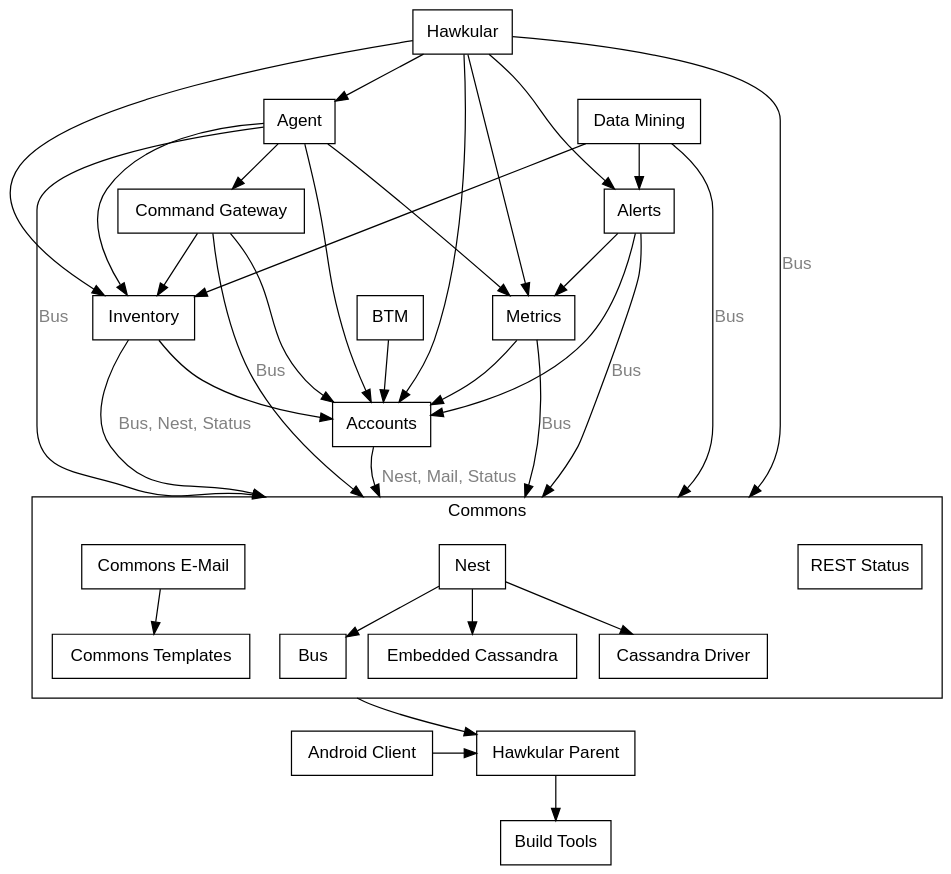
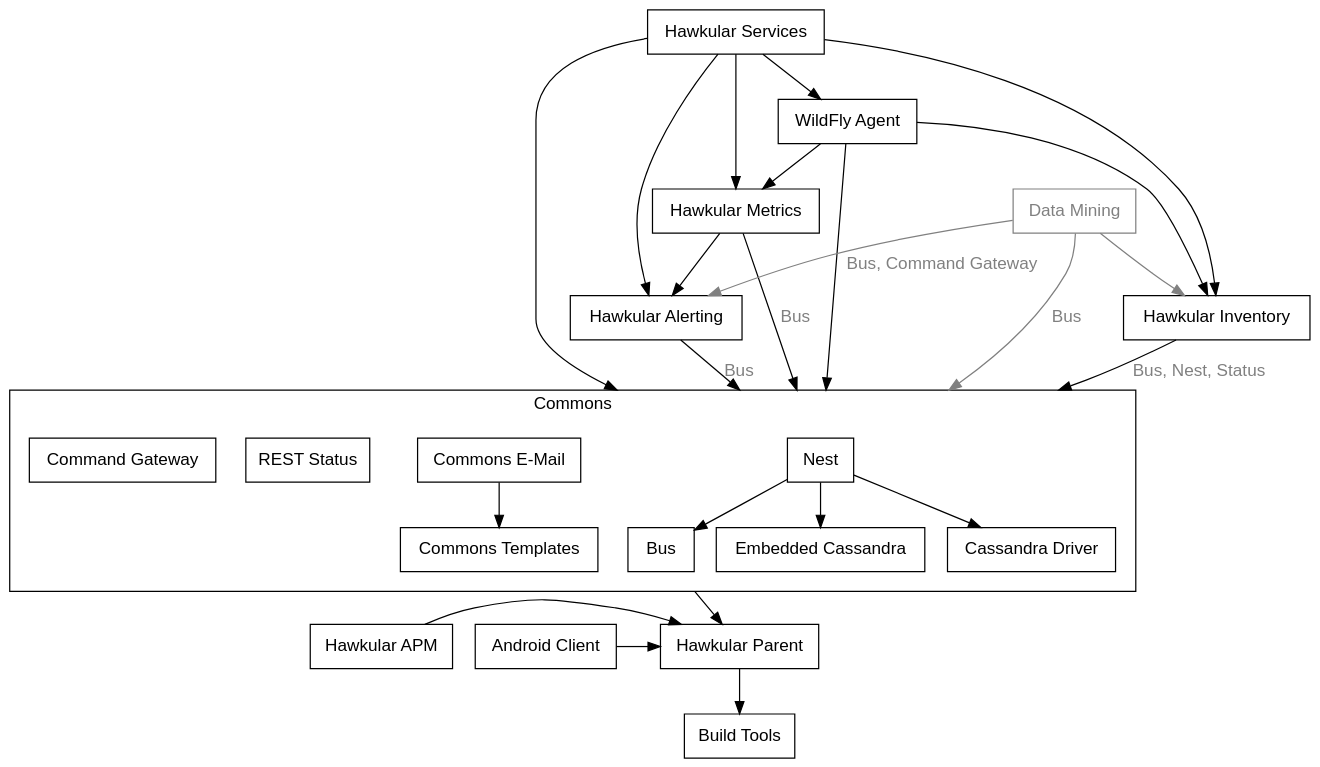
One commit to hawkular/hawkular.github.io changed the diagram in src/main/manually-generated/assets/img/docs/dev/components-dependencies.dot. Above: the diagram before and after it, drawn with Graphviz. The commit also changed 1 other file, not shown here.

Commit message:
update the dependency graph

```diff
--- a/src/main/manually-generated/assets/img/docs/dev/components-dependencies.dot
+++ b/src/main/manually-generated/assets/img/docs/dev/components-dependencies.dot
@@ -1,112 +1,101 @@
 // Hawkular Component Dependencies
 // build with
 // cd src/main
 // dot -Tsvg manually-generated/assets/img/docs/dev/components-dependencies.dot -o jbake/assets/img/docs/dev/components-dependencies.svg
 
 digraph {
     compound=true
     newrank=true
     graph [bgcolor="transparent" fontname="helvetica"]
     node [fontname = "helvetica" shape=box]
     edge [fontname = "helvetica"]
 
-    "Hawkular"
-    "Accounts"
-    "Agent"
-    "Alerts"
-    "BTM"
+    "Hawkular Services"
+    "WildFly Agent"
+    "Hawkular Alerting"
+    "Hawkular APM"
     "Build Tools"
     "Command Gateway"
 
     // commons
 
-    "Inventory"
-    "Metrics"
+    "Hawkular Inventory"
+    "Hawkular Metrics"
     "Hawkular Parent"
     "Android Client"
-    "Data Mining"
+    "Data Mining" [color="grey" fontcolor="grey"]
 
     // parent
     "Hawkular Parent" -> "Build Tools"
 
     subgraph cluster_commons {
         label="Commons"
 
         subgraph cluster_status {
             label=""
             style="invis"
             "REST Status"
         }
 
         subgraph cluster_nest {
             label=""
             style="invis"
             "Nest" -> { "Bus" "Embedded Cassandra" "Cassandra Driver" }
         }
 
         subgraph cluster_email {
             label=""
             style="invis"
             "Commons E-Mail" -> "Commons Templates"
         }
+
+        subgraph cluster_cmd_gateway {
+            label=""
+            style="invis"
+            "Command Gateway"
+        }
     }
     "Bus" -> "Hawkular Parent" [ltail=cluster_commons]
     { "Cassandra Driver" "Embedded Cassandra" "REST Status" } -> "Hawkular Parent" [style="invis"] // invisible edges for better layout
 
     // all components depend on parent
     "Android Client" -> "Hawkular Parent"
 
     // Hawkular direct deps
-    "Hawkular" -> "Accounts"
-    "Hawkular" -> "Agent"
-    "Hawkular" -> "Alerts"
-    "Hawkular" -> "Nest" [lhead=cluster_commons label="Bus" fontcolor="grey"]
-    "Hawkular" -> "Inventory"
-    "Hawkular" -> "Metrics"
-
-    // Accounts direct deps
-    "Accounts" -> "Nest" [lhead=cluster_commons label="Nest, Mail, Status" fontcolor="grey"]
-    "Accounts" -> { "Commons E-Mail" "REST Status" } [style="invis"] // invisible edges for better layout
+    "Hawkular Services" -> "WildFly Agent"
+    "Hawkular Services" -> "Hawkular Alerting"
+    "Hawkular Services" -> "Nest" [lhead=cluster_commons]
+    "Hawkular Services" -> "Hawkular Inventory"
+    "Hawkular Services" -> "Hawkular Metrics"
 
     // agent direct deps
-    "Agent" -> "Command Gateway"
-    "Agent" -> "Nest" [lhead=cluster_commons label="Bus" fontcolor="grey"]
-    "Agent" -> "Inventory"
-    "Agent" -> "Metrics"
-    "Agent" -> "Accounts"
+    "WildFly Agent" -> "Nest" [lhead=cluster_commons label="Bus, Command Gateway" fontcolor="grey"]
+    "WildFly Agent" -> "Hawkular Inventory"
+    "WildFly Agent" -> "Hawkular Metrics"
 
     // alerts direct deps
-    "Alerts" -> "Accounts"
-    "Alerts" -> "Metrics"
-    "Alerts" -> "Nest" [lhead=cluster_commons label="Bus" fontcolor="grey"]
+    "Hawkular Alerting" -> "Nest" [lhead=cluster_commons label="Bus" fontcolor="grey"]
 
-    // btm direct deps
-    "BTM" -> "Accounts"
-
-    // command-gateway direct deps
-    "Command Gateway" -> "Accounts"
-    "Command Gateway" -> "Nest" [lhead=cluster_commons label="Bus" fontcolor="grey"]
-    "Command Gateway" -> "Inventory"
+    // apm direct deps
+    "Hawkular APM" -> "Hawkular Parent"
 
     // datamining direct deps
-    "Data Mining" -> "Inventory"
-    "Data Mining" -> "Alerts"
-    "Data Mining" -> "Nest" [lhead=cluster_commons label="Bus" fontcolor="grey"]
+    "Data Mining" -> "Hawkular Inventory" [color="grey"]
+    "Data Mining" -> "Hawkular Alerting" [color="grey"]
+    "Data Mining" -> "Nest" [lhead=cluster_commons label="Bus" fontcolor="grey" color="grey"]
 
     // inventory direct deps
-    "Inventory" -> "Accounts"
-    "Inventory" -> "Nest" [lhead=cluster_commons label="Bus, Nest, Status" fontcolor="grey"]
+    "Hawkular Inventory" -> "Nest" [lhead=cluster_commons label="Bus, Nest, Status" fontcolor="grey"]
 
     // metrics
-    "Metrics" -> "Nest" [lhead=cluster_commons label="Bus" fontcolor="grey"]
-    "Metrics" -> "Accounts"
+    "Hawkular Metrics" -> "Nest" [lhead=cluster_commons label="Bus" fontcolor="grey"]
+    "Hawkular Metrics" -> "Hawkular Alerting"
 
     // layout
     { rank=same "Build Tools" }
-    { rank=same "Hawkular Parent" "Android Client" }
+    { rank=same "Hawkular Parent" "Android Client" "Hawkular APM"}
     { rank=same "Bus" "Embedded Cassandra" "Cassandra Driver" "Commons Templates" }
-    { rank=same "Nest" "REST Status" "Commons E-Mail" }
-    { rank=same "Accounts" }
+    { rank=same "Nest" "REST Status" "Commons E-Mail" "Command Gateway" }
 
 
 }
```
